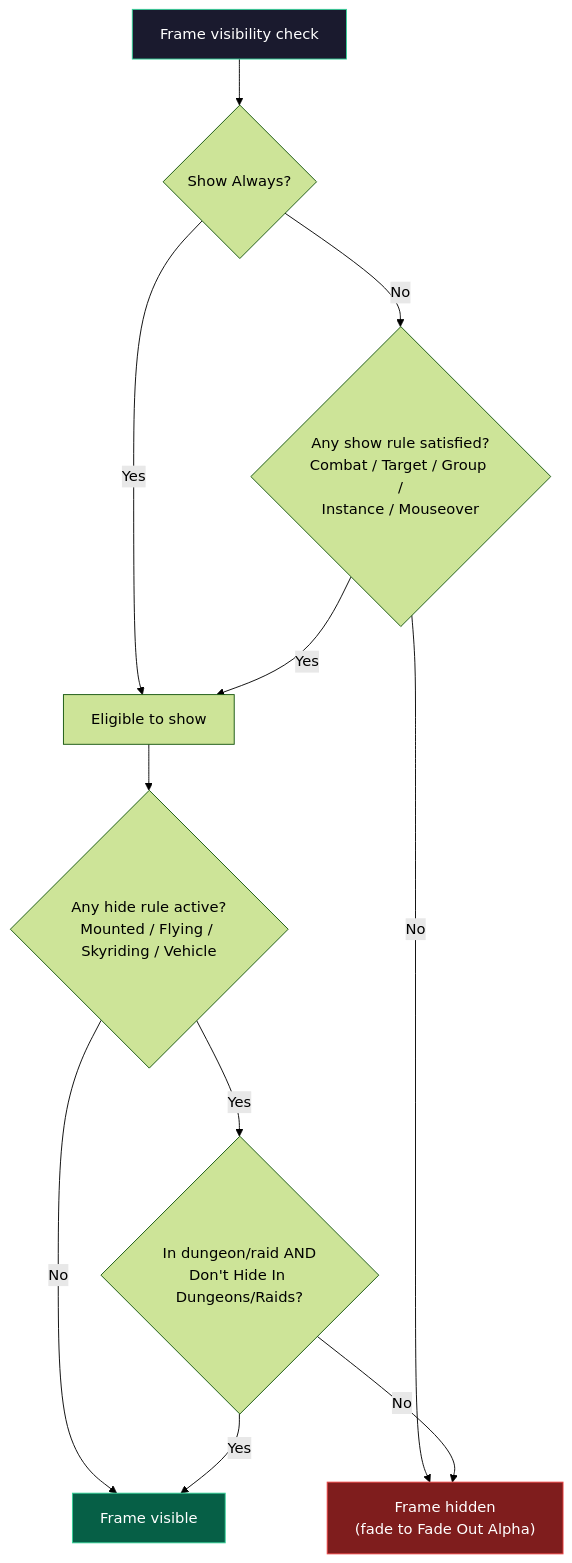
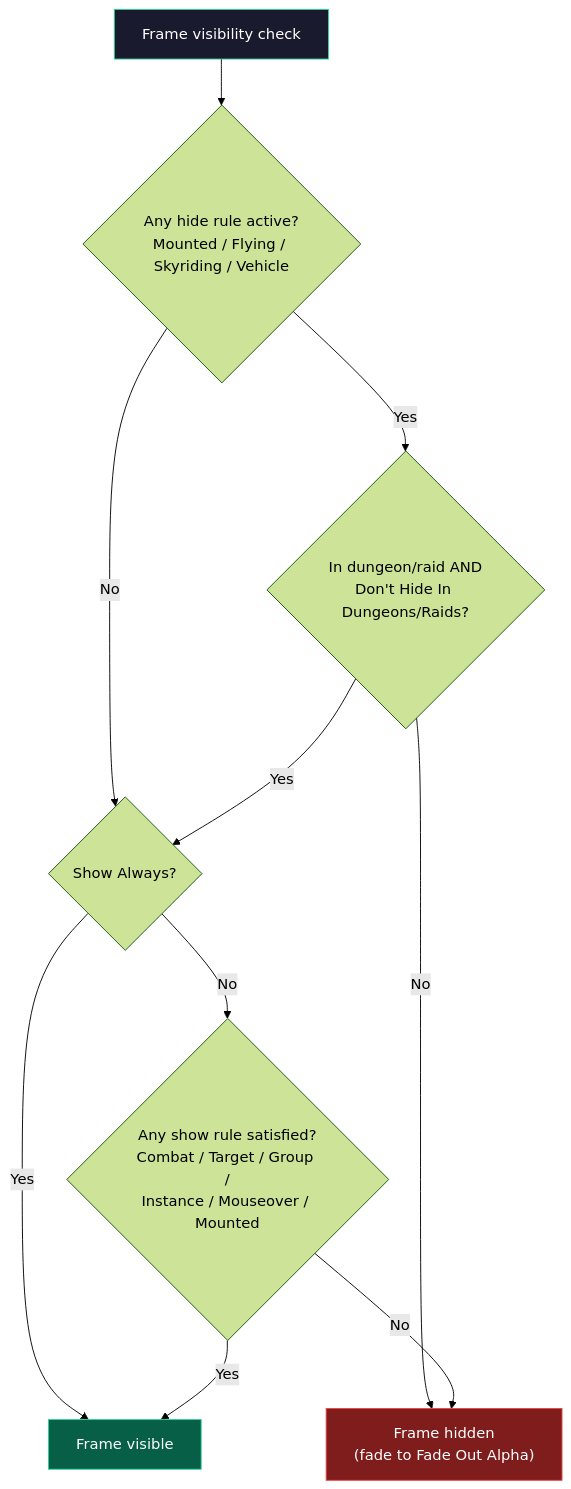
The diagram in features/hud-visibility.md (zol-wow/QUI-docs), drawn with Mermaid (forest theme) before and after one commit. The commit also changed other lines of this file and 2 other files, not shown here.

````diff
--- a/features/hud-visibility.md
+++ b/features/hud-visibility.md
@@ -68,17 +72,16 @@
 ```mermaid
 flowchart TD
-    START["Frame visibility check"] --> ALWAYS{"Show Always?"}
-    ALWAYS -->|Yes| ELIGIBLE["Eligible to show"]
-    ALWAYS -->|No| SHOW{"Any show rule satisfied?<br/>Combat / Target / Group /<br/>Instance / Mouseover"}
+    START["Frame visibility check"] --> HIDE{"Any hide rule active?<br/>Mounted / Flying / Skyriding / Vehicle"}
+    HIDE -->|No| ALWAYS{"Show Always?"}
+    HIDE -->|Yes| INSTANCE{"In dungeon/raid AND<br/>Don't Hide In Dungeons/Raids?"}
+    INSTANCE -->|Yes| ALWAYS
+    INSTANCE -->|No| HIDDEN
+    ALWAYS -->|Yes| VISIBLE["Frame visible"]
+    ALWAYS -->|No| SHOW{"Any show rule satisfied?<br/>Combat / Target / Group /<br/>Instance / Mouseover / Mounted"}
     SHOW -->|No| HIDDEN["Frame hidden<br/>(fade to Fade Out Alpha)"]
-    SHOW -->|Yes| ELIGIBLE
-    ELIGIBLE --> HIDE{"Any hide rule active?<br/>Mounted / Flying / Skyriding / Vehicle"}
-    HIDE -->|No| VISIBLE["Frame visible"]
-    HIDE -->|Yes| INSTANCE{"In dungeon/raid AND<br/>Don't Hide In Dungeons/Raids?"}
-    INSTANCE -->|Yes| VISIBLE
-    INSTANCE -->|No| HIDDEN
+    SHOW -->|Yes| VISIBLE
 
     style START fill:#1a1a2e,stroke:#34D399,color:#fff
     style VISIBLE fill:#065f46,stroke:#34D399,color:#fff
     style HIDDEN fill:#7f1d1d,stroke:#ef4444,color:#fff
 ```
````
